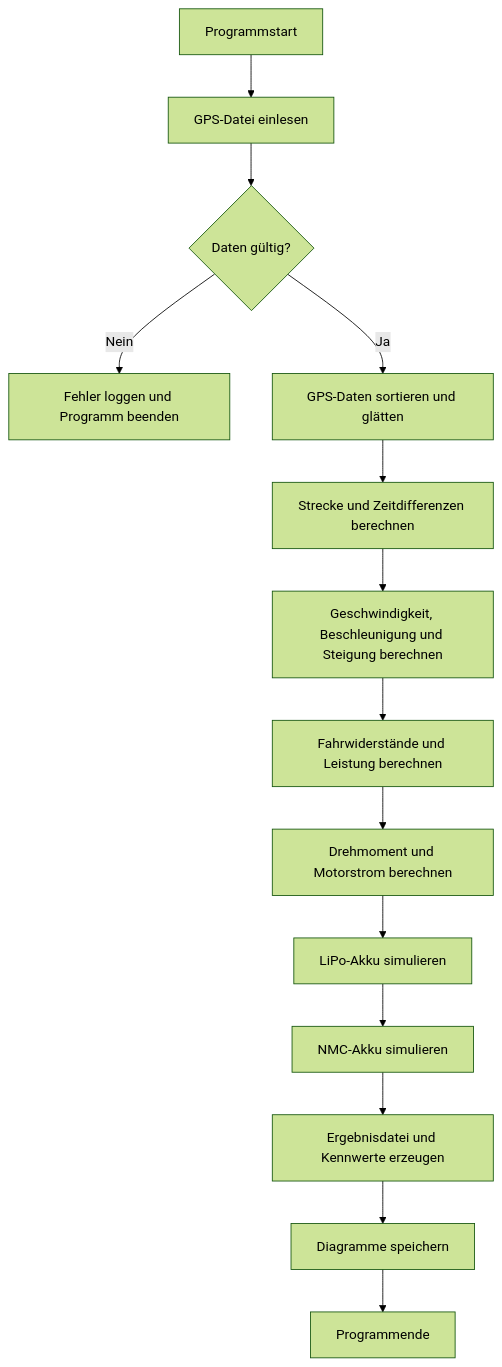
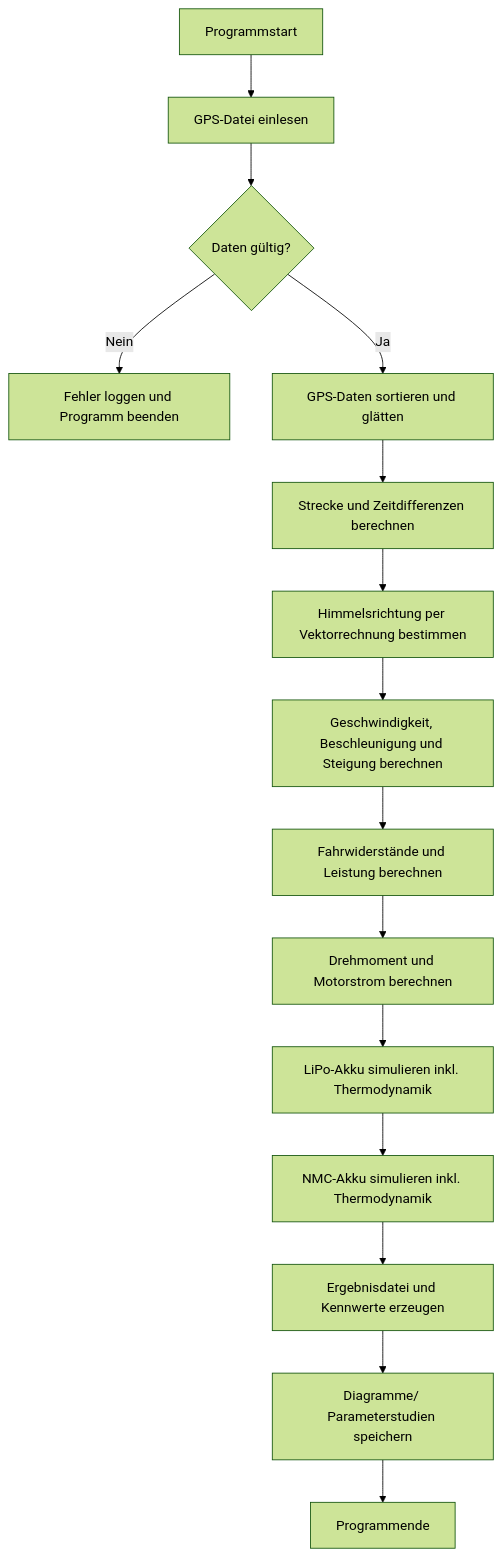
One commit to Odusto1011/ebike-simulation changed the diagram in ebike_simulation_project/README.md. Above: the diagram before and after it, drawn with Mermaid (forest theme). The commit also changed other lines of this file, not shown here.

Commit message:
readme angepasst

````diff
--- a/ebike_simulation_project/README.md
+++ b/ebike_simulation_project/README.md
@@ -201,16 +210,17 @@
 ```mermaid
 flowchart TD
     A[Programmstart] --> B[GPS-Datei einlesen]
     B --> C{Daten gültig?}
     C -- Nein --> D[Fehler loggen und Programm beenden]
     C -- Ja --> E[GPS-Daten sortieren und glätten]
     E --> F[Strecke und Zeitdifferenzen berechnen]
-    F --> G[Geschwindigkeit, Beschleunigung und Steigung berechnen]
-    G --> H[Fahrwiderstände und Leistung berechnen]
-    H --> I[Drehmoment und Motorstrom berechnen]
-    I --> J[LiPo-Akku simulieren]
-    J --> K[NMC-Akku simulieren]
-    K --> L[Ergebnisdatei und Kennwerte erzeugen]
-    L --> M[Diagramme speichern]
-    M --> N[Programmende]
+    F --> G[Himmelsrichtung per Vektorrechnung bestimmen]
+    G --> H[Geschwindigkeit, Beschleunigung und Steigung berechnen]
+    H --> I[Fahrwiderstände und Leistung berechnen]
+    I --> J[Drehmoment und Motorstrom berechnen]
+    J --> K[LiPo-Akku simulieren inkl. Thermodynamik]
+    K --> L[NMC-Akku simulieren inkl. Thermodynamik]
+    L --> M[Ergebnisdatei und Kennwerte erzeugen]
+    M --> N[Diagramme/ Parameterstudien speichern]
+    N --> O[Programmende]
 ```
````
